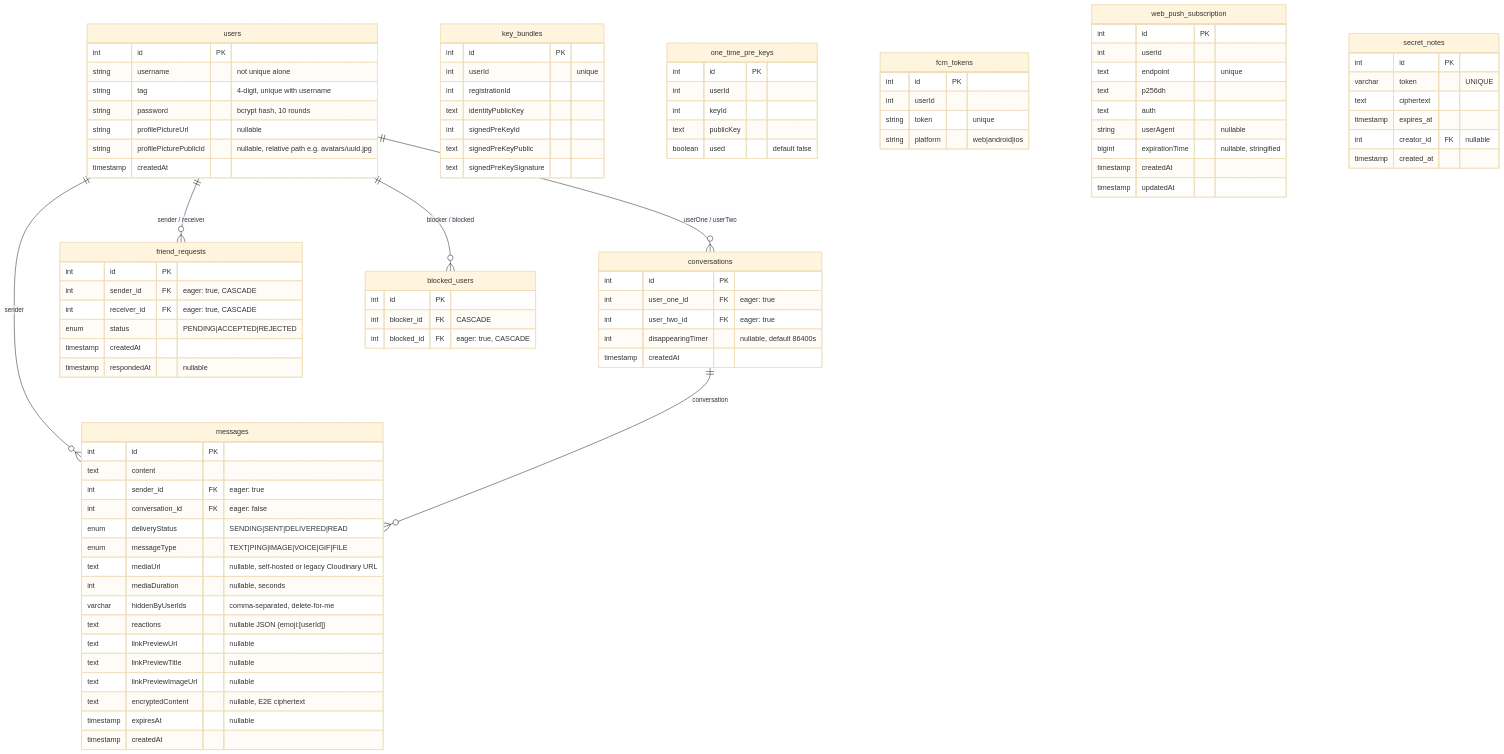
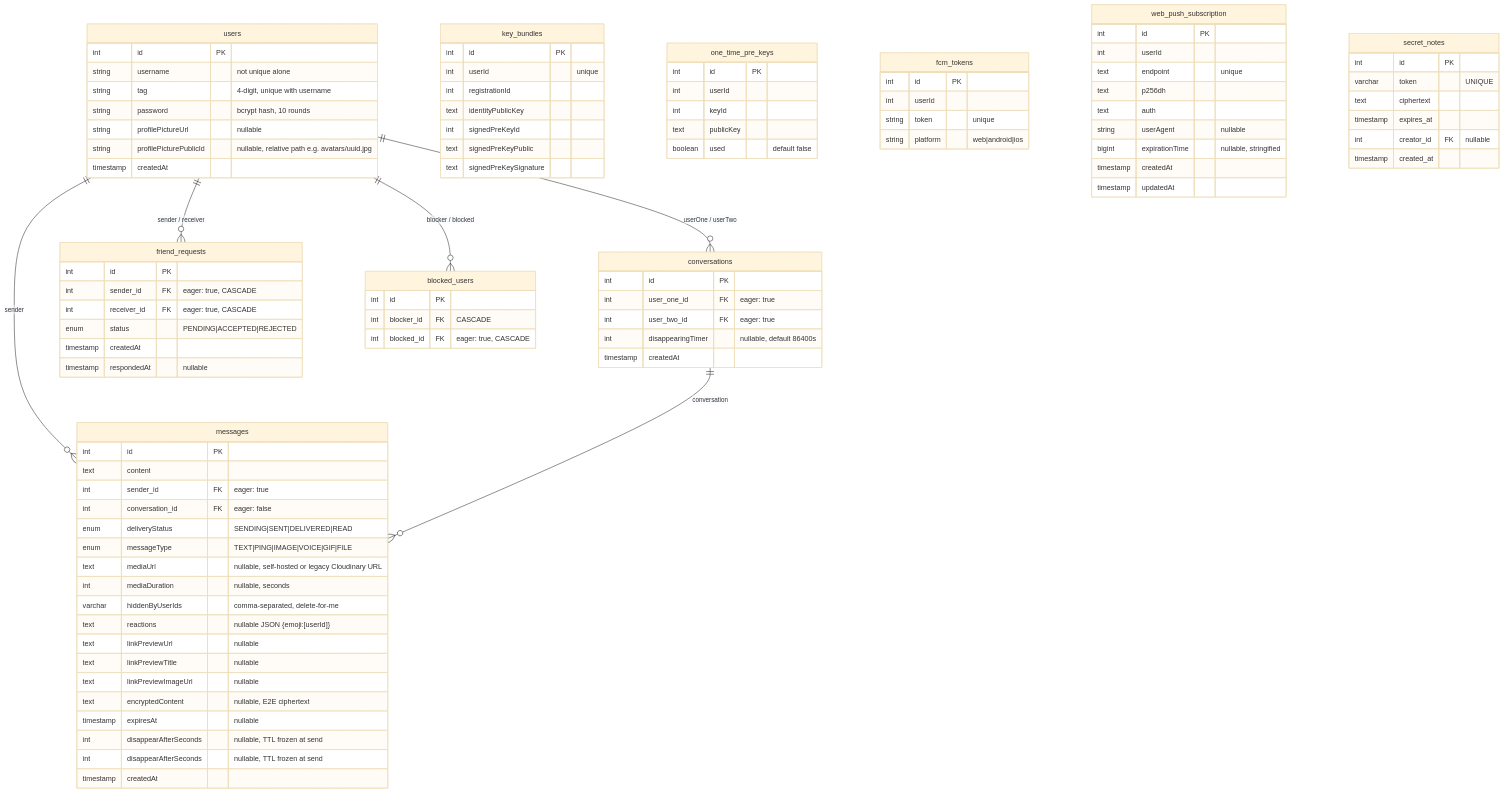
One commit to Lentach/Fireplace changed the second of 2 diagrams in CLAUDE.md. Above: the diagram before and after it, drawn with Mermaid (base theme). The commit also changed other lines of this file and 24 other files, not shown here.

```diff
--- a/CLAUDE.md
+++ b/CLAUDE.md
@@ -294,6 +297,8 @@
         text linkPreviewImageUrl "nullable"
         text encryptedContent "nullable, E2E ciphertext"
         timestamp expiresAt "nullable"
+        int disappearAfterSeconds "nullable, TTL frozen at send"
+        int disappearAfterSeconds "nullable, TTL frozen at send"
         timestamp createdAt
     }
 
```
